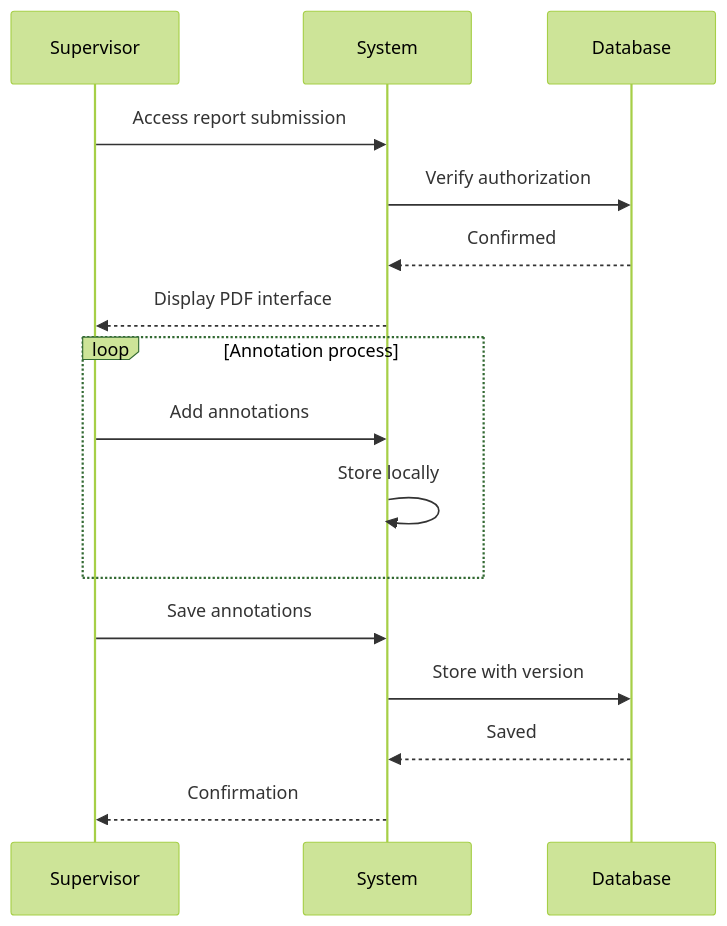
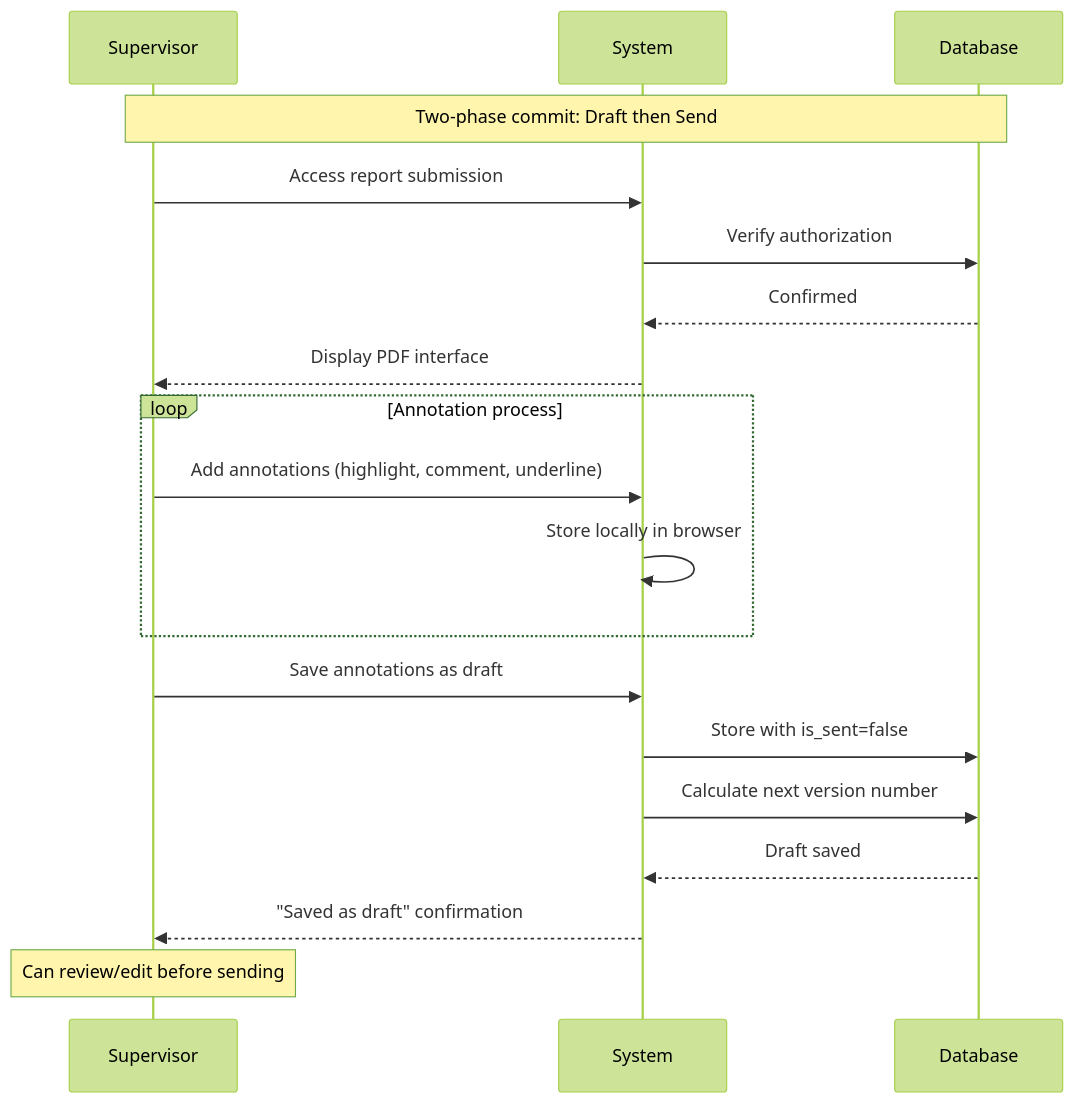
Before and after one commit to abdullah2323442/thesisrepo-backup: the eighth of 42 diagrams in sequence.md, drawn with Mermaid (forest theme). The commit also changed other lines of this file, not shown here.

````diff
--- a/sequence.md
+++ b/sequence.md
@@ -151,21 +201,26 @@
 ```mermaid
 sequenceDiagram
     participant Supervisor
     participant System
     participant Database
 
+    Note over Supervisor,Database: Two-phase commit: Draft then Send
+    
     Supervisor->>System: Access report submission
     System->>Database: Verify authorization
     Database-->>System: Confirmed
     System-->>Supervisor: Display PDF interface
     
     loop Annotation process
-        Supervisor->>System: Add annotations
-        System->>System: Store locally
+        Supervisor->>System: Add annotations (highlight, comment, underline)
+        System->>System: Store locally in browser
     end
     
-    Supervisor->>System: Save annotations
-    System->>Database: Store with version
-    Database-->>System: Saved
-    System-->>Supervisor: Confirmation
+    Supervisor->>System: Save annotations as draft
+    System->>Database: Store with is_sent=false
+    System->>Database: Calculate next version number
+    Database-->>System: Draft saved
+    System-->>Supervisor: "Saved as draft" confirmation
+    
+    Note over Supervisor: Can review/edit before sending
 ```
````
